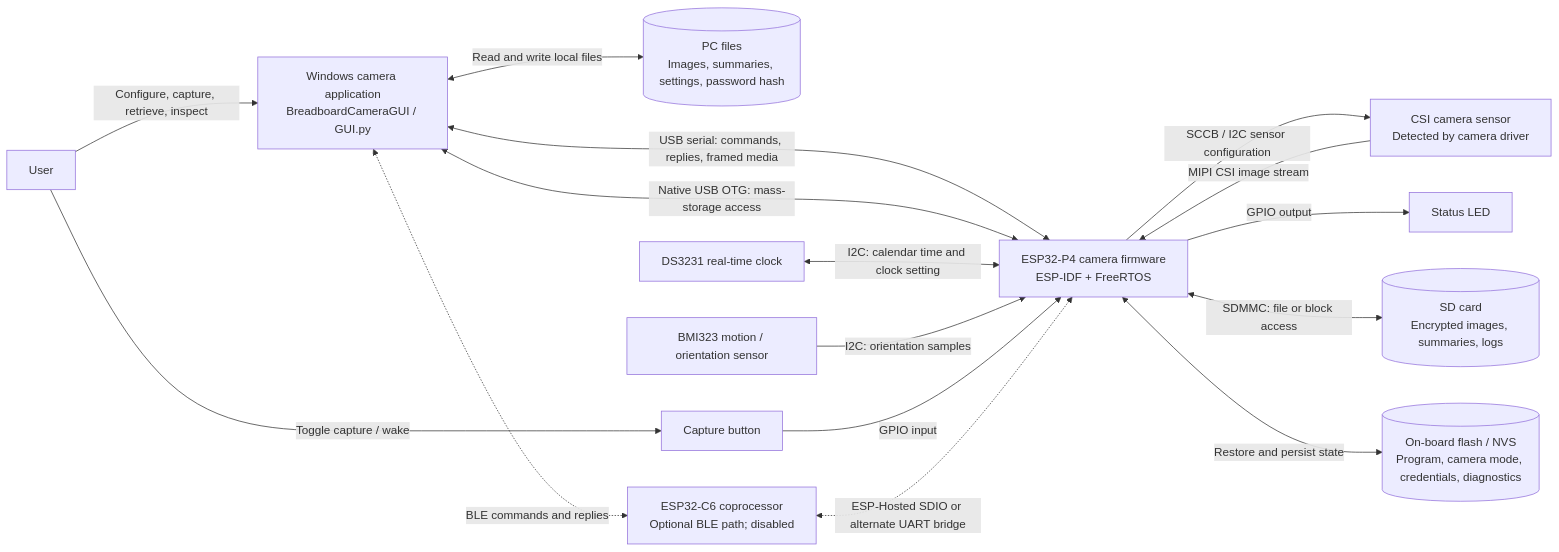
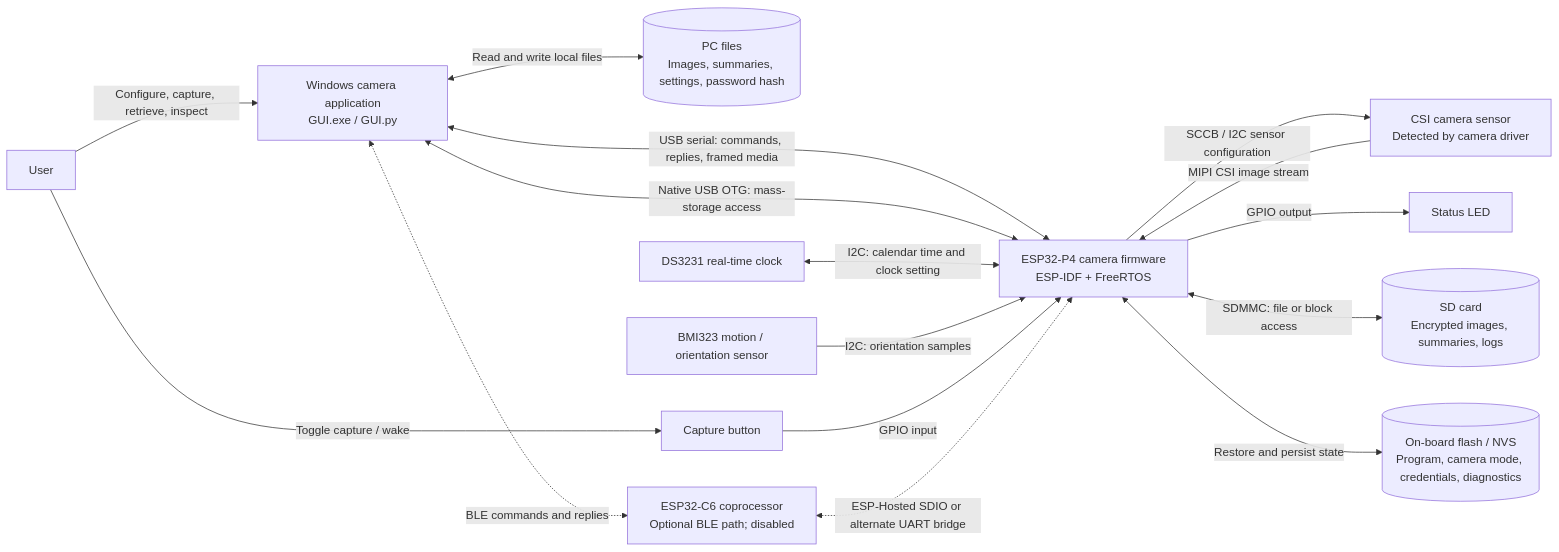
The first of 3 diagrams in Breadboard Prototype/Code/docs/project-context-diagram.md (Raphi25/Camera-Project), drawn with Mermaid before and after one commit. The commit also changed other lines of this file and 14 other files, not shown here.

````diff
--- a/Breadboard Prototype/Code/docs/project-context-diagram.md
+++ b/Breadboard Prototype/Code/docs/project-context-diagram.md
@@ -9,31 +9,31 @@
 ```mermaid
 flowchart LR
     user["User"]
-    pc["Windows camera application<br/>BreadboardCameraGUI / GUI.py"]
+    pc["Windows camera application<br/>GUI.exe / GUI.py"]
     files[("PC files<br/>Images, summaries, settings, password hash")]
     board["ESP32-P4 camera firmware<br/>ESP-IDF + FreeRTOS"]
     sensor["CSI camera sensor<br/>Detected by camera driver"]
     rtc["DS3231 real-time clock"]
     imu["BMI323 motion / orientation sensor"]
     button["Capture button"]
     led["Status LED"]
     sd[("SD card<br/>Encrypted images, summaries, logs")]
     flash[("On-board flash / NVS<br/>Program, camera mode, credentials, diagnostics")]
     radio["ESP32-C6 coprocessor<br/>Optional BLE path; disabled"]
 
     user -->|"Configure, capture, retrieve, inspect"| pc
     user -->|"Toggle capture / wake"| button
     pc <-->|"USB serial: commands, replies, framed media"| board
     pc <-->|"Native USB OTG: mass-storage access"| board
     pc <-->|"Read and write local files"| files
     sensor -->|"MIPI CSI image stream"| board
     board -->|"SCCB / I2C sensor configuration"| sensor
     rtc <-->|"I2C: calendar time and clock setting"| board
     imu -->|"I2C: orientation samples"| board
     button -->|"GPIO input"| board
     board -->|"GPIO output"| led
     board <-->|"SDMMC: file or block access"| sd
     board <-->|"Restore and persist state"| flash
     pc <-.->|"BLE commands and replies"| radio
     radio <-.->|"ESP-Hosted SDIO or alternate UART bridge"| board
 ```
````
